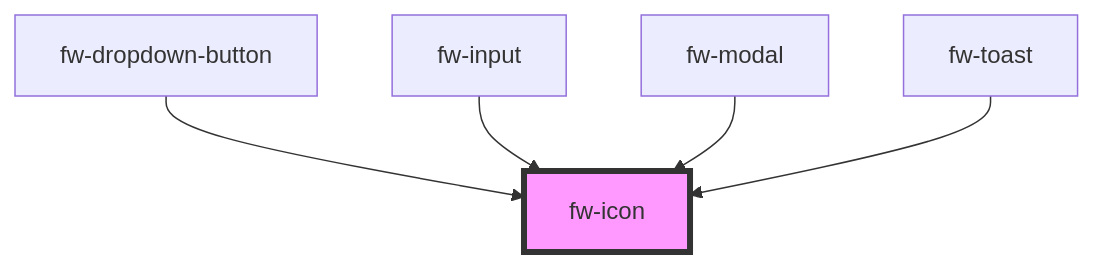
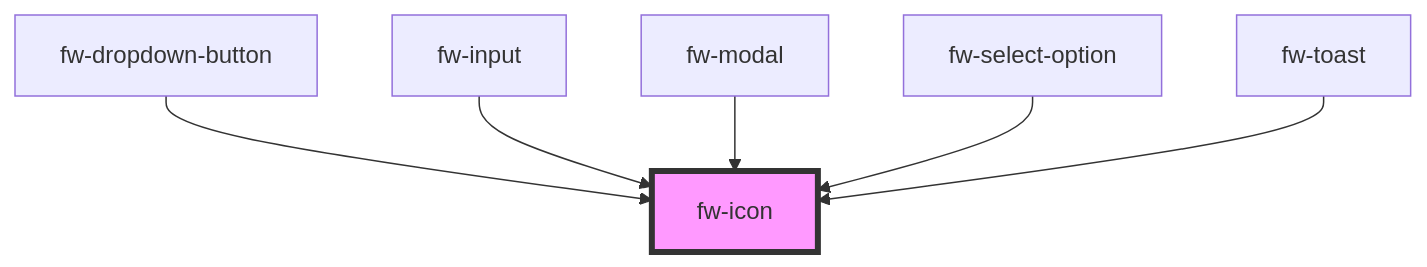
Before and after one commit to freshworks/crayons: the diagram in packages/crayons-core/src/components/icon/readme.md, drawn with Mermaid. The commit also changed other lines of this file and 9 other files, not shown here.

Commit message:
feat(fw-select-option): added variant

````diff
--- a/packages/crayons-core/src/components/icon/readme.md
+++ b/packages/crayons-core/src/components/icon/readme.md
@@ -44,8 +45,9 @@
 ```mermaid
 graph TD;
   fw-dropdown-button --> fw-icon
   fw-input --> fw-icon
   fw-modal --> fw-icon
+  fw-select-option --> fw-icon
   fw-toast --> fw-icon
   style fw-icon fill:#f9f,stroke:#333,stroke-width:4px
 ```
````
